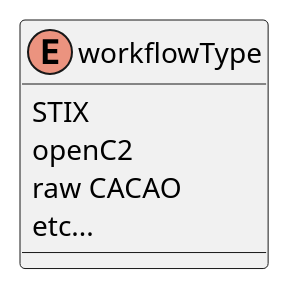
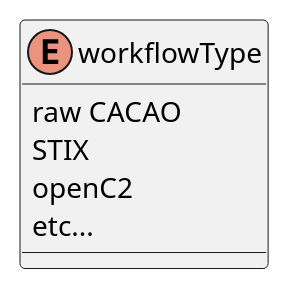
One commit to COSSAS/SOARCA changed the seventh of 19 diagrams in doc/soarca-api.adoc. Above: the diagram before and after it, drawn with PlantUML. The commit also changed other lines of this file, not shown here.

```diff
--- a/doc/soarca-api.adoc
+++ b/doc/soarca-api.adoc
@@ -248,11 +249,11 @@
 [plantuml, target=soar-ca-workflow-types, format=png]
 ....
 @startuml
 enum workflowType {
+    raw CACAO    
     STIX
     openC2
-    raw CACAO
     etc...
 }
 @enduml
 ....
```
